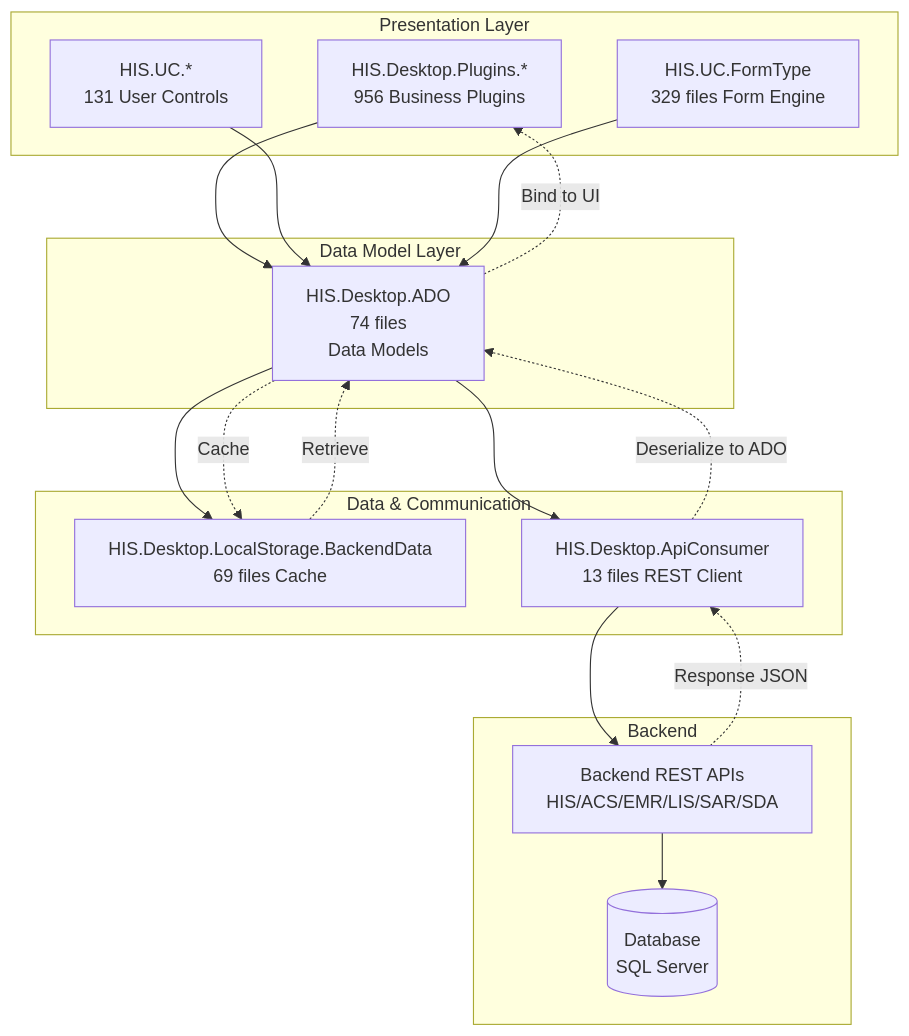
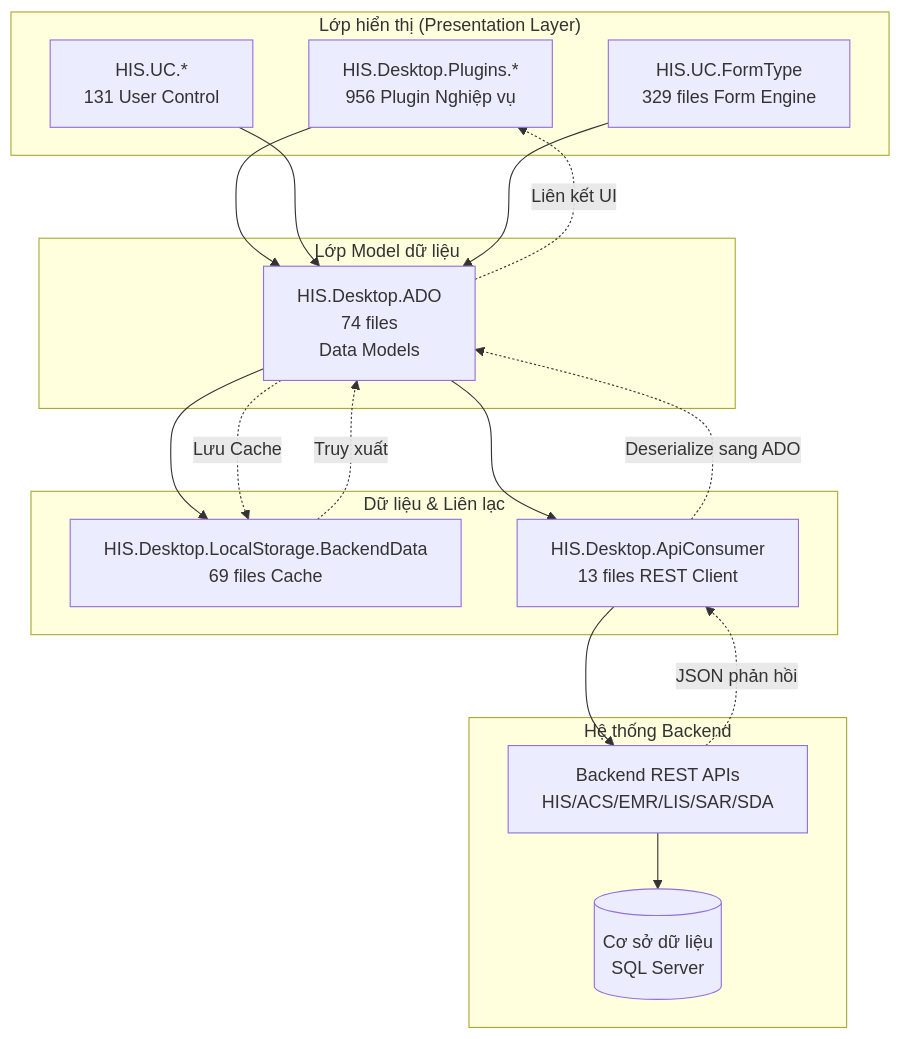
Before and after one commit to thangpnb/HIS: the tenth of 14 diagrams in docs/his-ba-documentation/04-integrations/helper-plugins.md, drawn with Mermaid. The commit also changed other lines of this file and 30 other files, not shown here.

Commit message:
Refactor architecture docs and update translations

````diff
--- a/docs/his-ba-documentation/04-integrations/helper-plugins.md
+++ b/docs/his-ba-documentation/04-integrations/helper-plugins.md
@@ -513,38 +508,38 @@
 ```mermaid
 graph TB
-    subgraph "Presentation Layer"
-        P1["HIS.Desktop.Plugins.*<br/>956 Business Plugins"]
-        P2["HIS.UC.*<br/>131 User Controls"]
+    subgraph "Lớp hiển thị (Presentation Layer)"
+        P1["HIS.Desktop.Plugins.*<br/>956 Plugin Nghiệp vụ"]
+        P2["HIS.UC.*<br/>131 User Control"]
         P3["HIS.UC.FormType<br/>329 files Form Engine"]
     end
     
-    subgraph "Data Model Layer"
+    subgraph "Lớp Model dữ liệu"
         ADO["HIS.Desktop.ADO<br/>74 files<br/>Data Models"]
     end
     
-    subgraph "Data & Communication"
+    subgraph "Dữ liệu & Liên lạc"
         LocalStorage["HIS.Desktop.LocalStorage.BackendData<br/>69 files Cache"]
         ApiConsumer["HIS.Desktop.ApiConsumer<br/>13 files REST Client"]
     end
     
-    subgraph "Backend"
+    subgraph "Hệ thống Backend"
         API["Backend REST APIs<br/>HIS/ACS/EMR/LIS/SAR/SDA"]
-        DB[("Database<br/>SQL Server")]
+        DB[("Cơ sở dữ liệu<br/>SQL Server")]
     end
     
     P1 --> ADO
     P2 --> ADO
     P3 --> ADO
     
     ADO --> LocalStorage
     ADO --> ApiConsumer
     
     ApiConsumer --> API
     API --> DB
     
-    API -.->|"Response JSON"| ApiConsumer
-    ApiConsumer -.->|"Deserialize to ADO"| ADO
-    ADO -.->|"Cache"| LocalStorage
-    LocalStorage -.->|"Retrieve"| ADO
-    ADO -.->|"Bind to UI"| P1
+    API -.->|"JSON phản hồi"| ApiConsumer
+    ApiConsumer -.->|"Deserialize sang ADO"| ADO
+    ADO -.->|"Lưu Cache"| LocalStorage
+    LocalStorage -.->|"Truy xuất"| ADO
+    ADO -.->|"Liên kết UI"| P1
 ```
````
